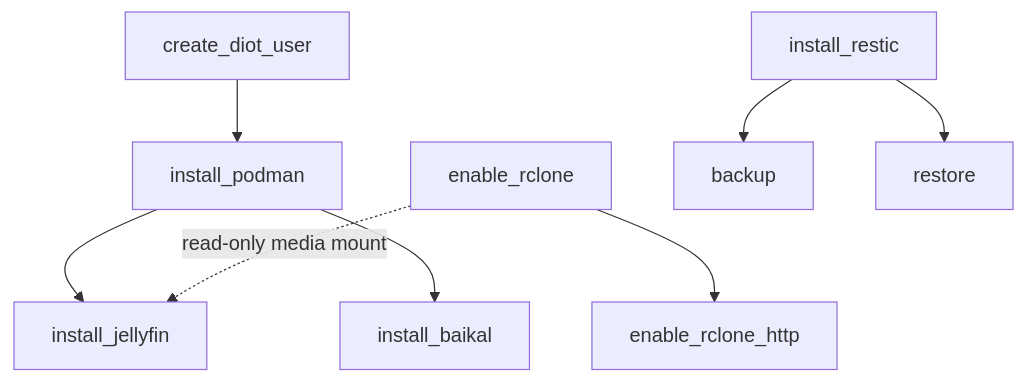
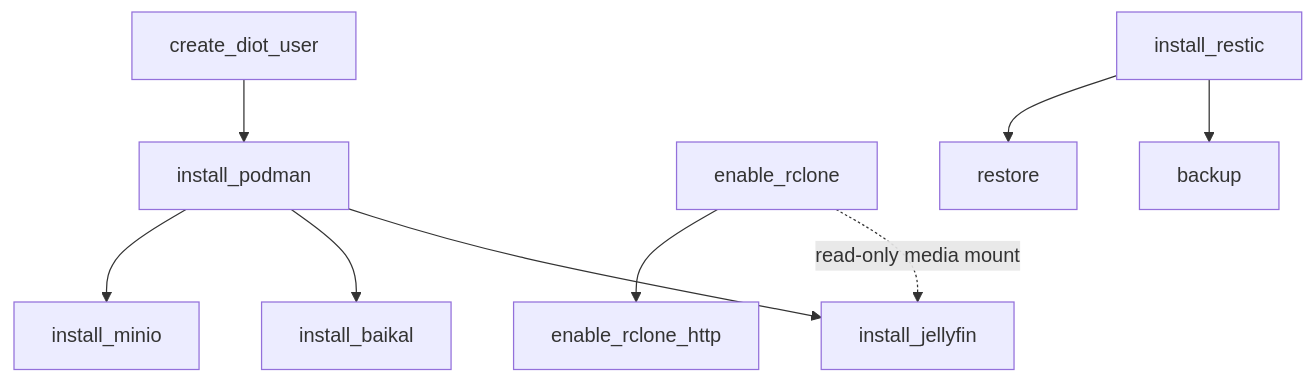
Before and after one commit to BinaryBand/strata: the diagram in README.md, drawn with Mermaid. The commit also changed other lines of this file and 6 other files, not shown here.

First line of the commit message:
feat(services): add install_minio runbook and playbook

````diff
--- a/README.md
+++ b/README.md
@@ -96,10 +96,11 @@
 ```mermaid
 flowchart TD
     diot[create_diot_user] --> podman[install_podman]
     podman --> jellyfin[install_jellyfin]
     rclone[enable_rclone] -. read-only media mount .-> jellyfin
     rclone --> rclone_http[enable_rclone_http]
     podman --> baikal[install_baikal]
+    podman --> minio[install_minio]
     restic[install_restic] --> backup[backup]
     restic --> restore[restore]
 ```
````
